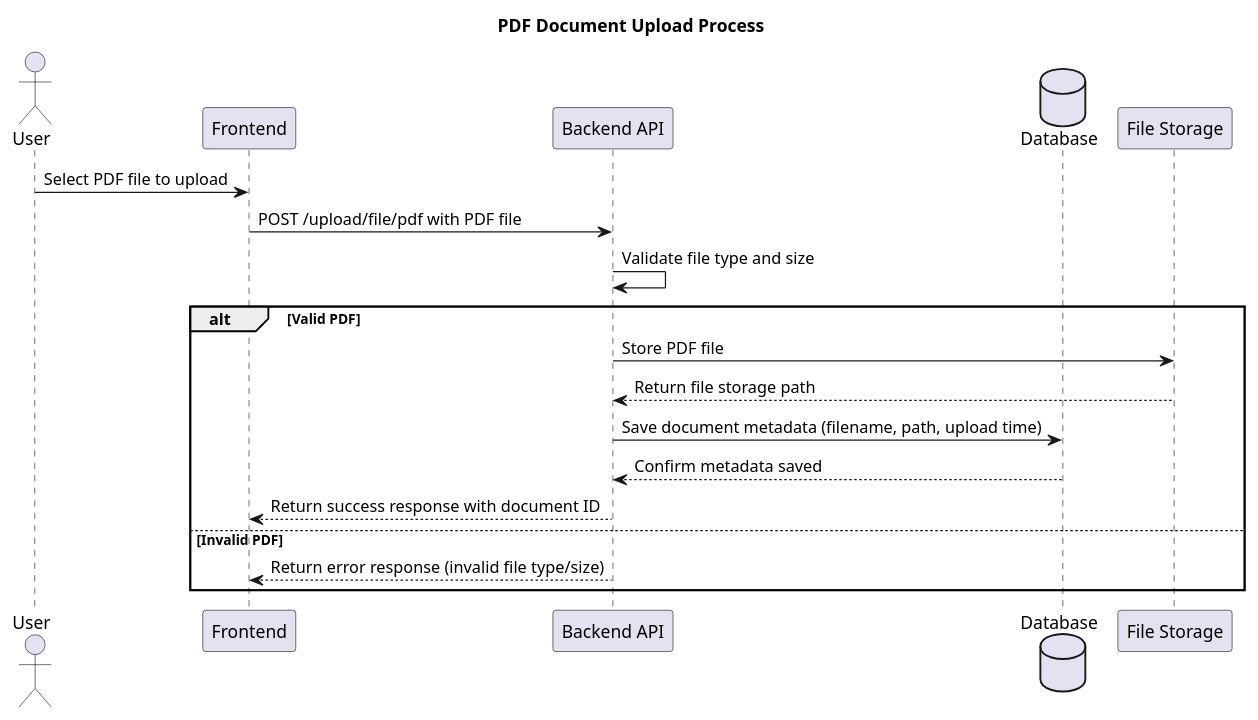
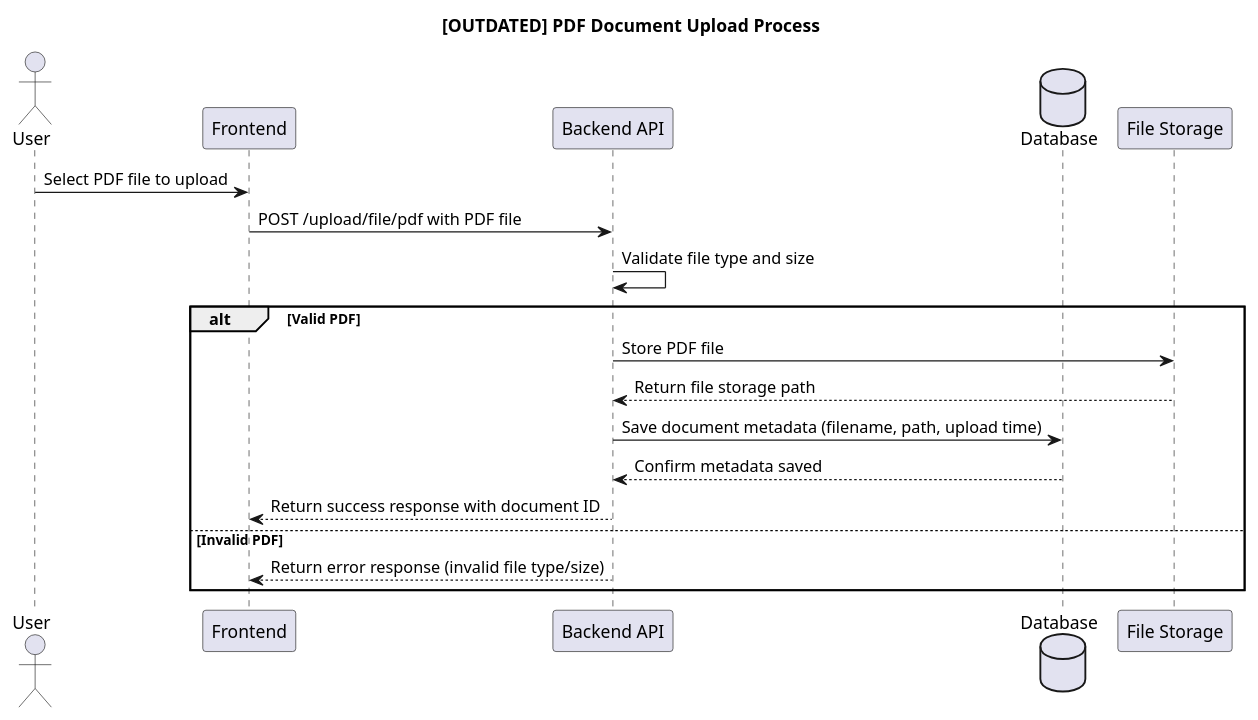
Before and after one commit to lanshi17/LinguaSeeker: the diagram in apps/backend/docs/pdf_sd.puml, drawn with PlantUML. The commit also changed 1 other file, not shown here.

Commit message:
puml outdated

```diff
--- a/apps/backend/docs/pdf_sd.puml
+++ b/apps/backend/docs/pdf_sd.puml
@@ -1,20 +1,27 @@
 @startuml PDF_Document_Upload_Process
-title PDF Document Upload Process
+' [OUTDATED] This sequence uses the legacy endpoint /upload/file/pdf and generic storage steps.
+' Current upload endpoints are:
+' - POST /api/v1/pdf/upload (single PDF)
+' - POST /api/v1/tasks/requests/upload (task_form + files (PDF/DOCX))
+'
+' If you need an updated diagram, regenerate based on src/api/routes/core.py and src/api/routes/task.py.
+
+title [OUTDATED] PDF Document Upload Process
 actor User
 participant "Frontend" as FE
 participant "Backend API" as BE
 database "Database" as DB
 participant "File Storage" as FS
 User -> FE: Select PDF file to upload
 FE -> BE: POST /upload/file/pdf with PDF file
 BE -> BE: Validate file type and size
 alt Valid PDF
     BE -> FS: Store PDF file
     FS --> BE: Return file storage path
     BE -> DB: Save document metadata (filename, path, upload time)
     DB --> BE: Confirm metadata saved
     BE --> FE: Return success response with document ID
 else Invalid PDF
     BE --> FE: Return error response (invalid file type/size)
 end
 @enduml
```
